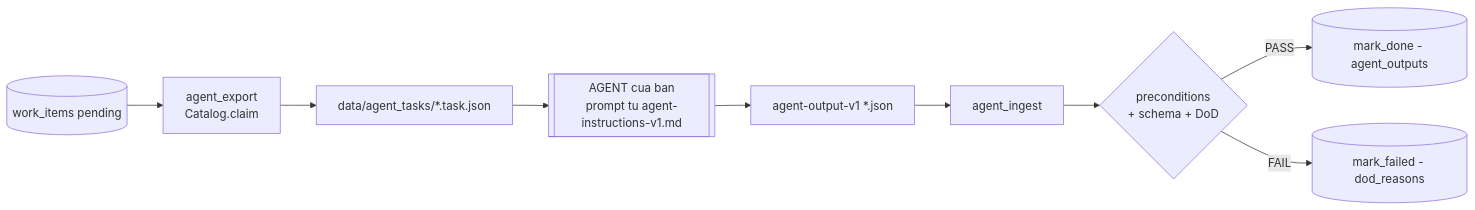
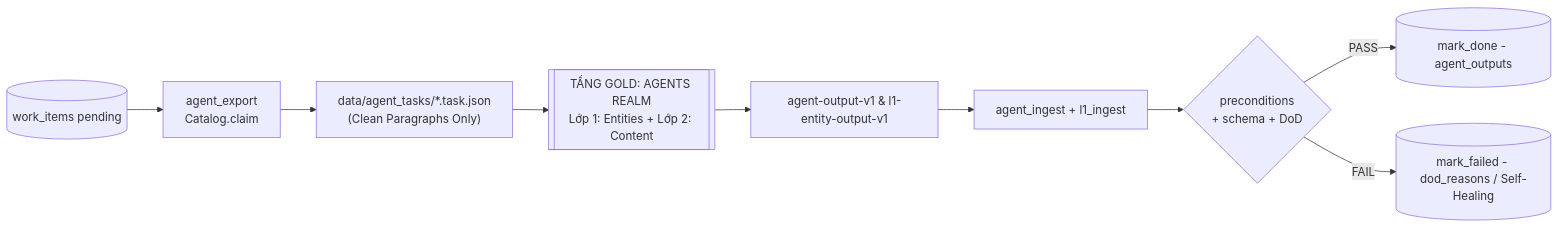
The fourth of 4 diagrams in project/docs/design/00-end-to-end-architecture.md (Tuanan172-py/fts-news-scape), drawn with Mermaid before and after one commit. The commit also changed other lines of this file and 1334 other files, not shown here.

Commit message:
feat(rules/gold): enforce strict multi-agent boundary and update guardrails

````diff
--- a/project/docs/design/00-end-to-end-architecture.md
+++ b/project/docs/design/00-end-to-end-architecture.md
@@ -117,11 +117,11 @@
 ```mermaid
 flowchart LR
   P[(work_items pending)] --> EXP[agent_export<br/>Catalog.claim]
-  EXP --> TP[data/agent_tasks/*.task.json]
-  TP --> AG[[AGENT cua ban<br/>prompt tu agent-instructions-v1.md]]
-  AG --> OUT[agent-output-v1 *.json]
-  OUT --> ING[agent_ingest]
+  EXP --> TP["data/agent_tasks/*.task.json<br/>(Clean Paragraphs Only)"]
+  TP --> AG[[TẦNG GOLD: AGENTS REALM<br/>Lớp 1: Entities + Lớp 2: Content]]
+  AG --> OUT[agent-output-v1 & l1-entity-output-v1]
+  OUT --> ING[agent_ingest + l1_ingest]
   ING --> PRE{preconditions<br/>+ schema + DoD}
   PRE -->|PASS| DONE[(mark_done - agent_outputs)]
-  PRE -->|FAIL| FAIL[(mark_failed - dod_reasons)]
+  PRE -->|FAIL| FAIL[(mark_failed - dod_reasons / Self-Healing)]
 ```
````
